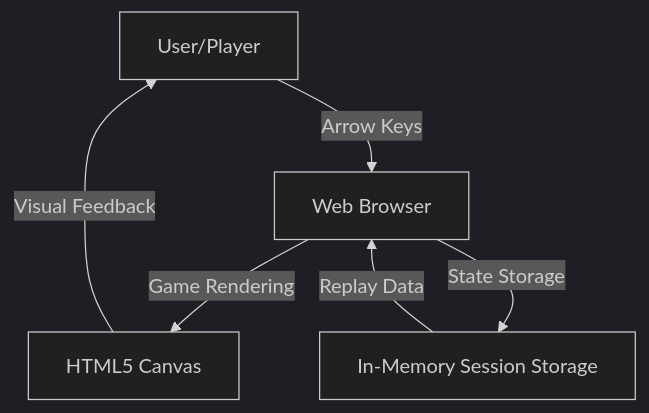
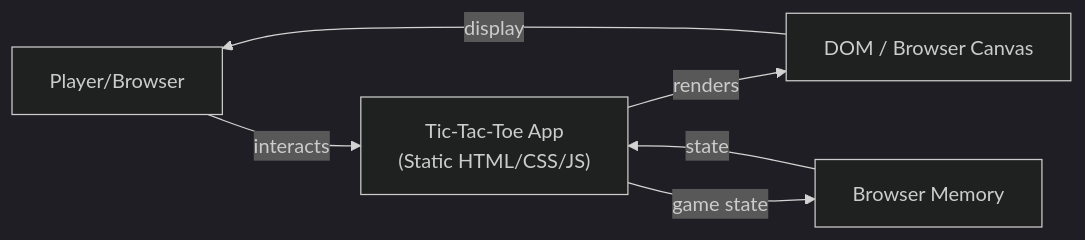
The diagram in architecture_final.md (umais-developer/SDLC), drawn with Mermaid (dark theme) before and after one commit. The commit also changed other lines of this file and 15 other files, not shown here.

First line of the commit message:
feat: Implement Tic-Tac-Toe with AI - Story 1.1 Mode Selection Screen

````diff
--- a/architecture_final.md
+++ b/architecture_final.md
@@ -37,13 +35,8 @@
 ```mermaid
-graph TD
-    User[User/Player]
-    Browser[Web Browser]
-    Canvas[HTML5 Canvas]
-    LocalMemory[In-Memory Session Storage]
-    
-    User -->|Arrow Keys| Browser
-    Browser -->|Game Rendering| Canvas
-    Browser -->|State Storage| LocalMemory
-    Canvas -->|Visual Feedback| User
-    LocalMemory -->|Replay Data| Browser
+graph LR
+    User["Player/Browser"] -->|interacts| Game["Tic-Tac-Toe App<br/>(Static HTML/CSS/JS)"]
+    Game -->|renders| DOM["DOM / Browser Canvas"]
+    DOM -->|display| User
+    Game -->|game state| Memory["Browser Memory"]
+    Memory -->|state| Game
 ```
````
